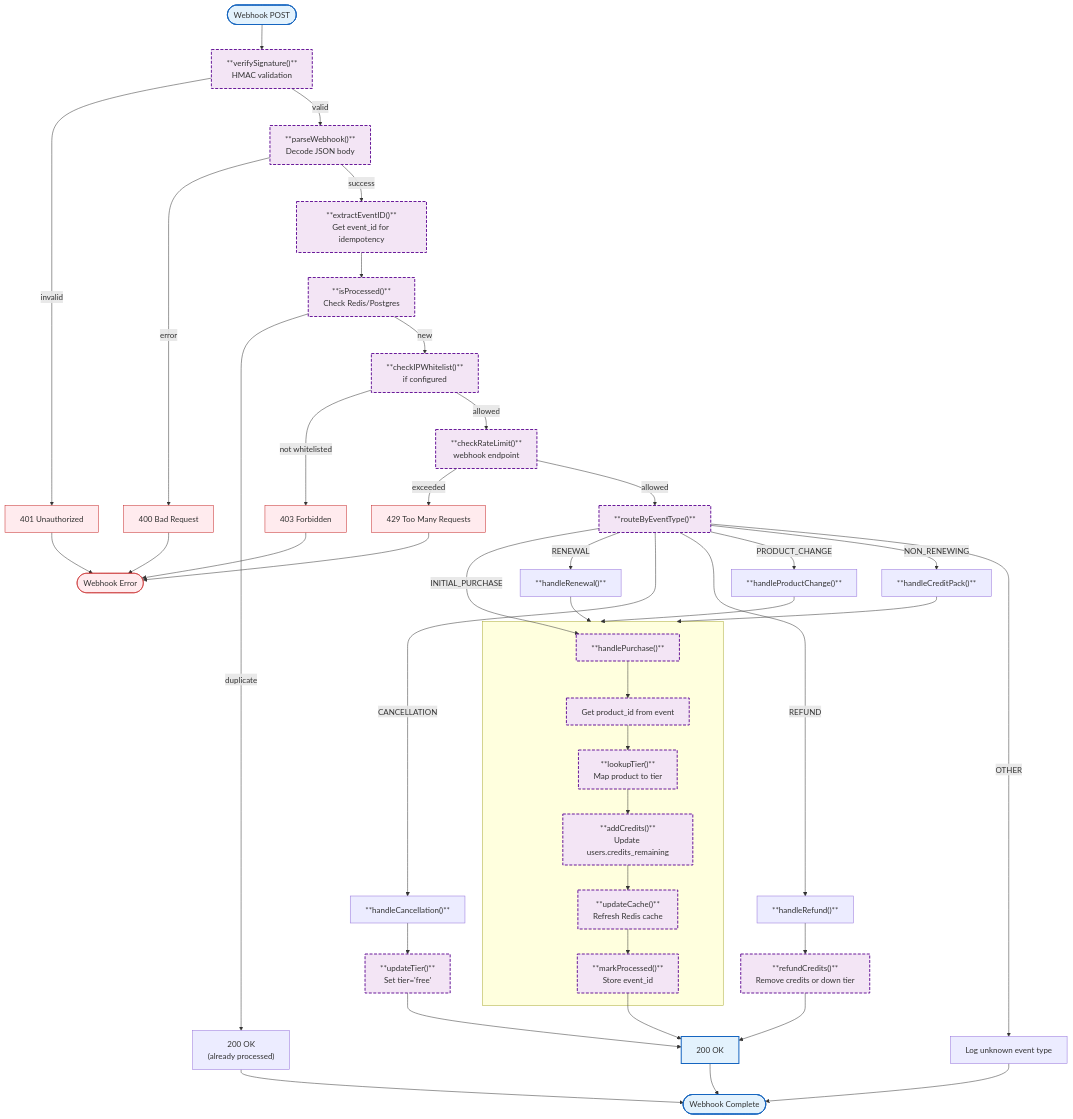
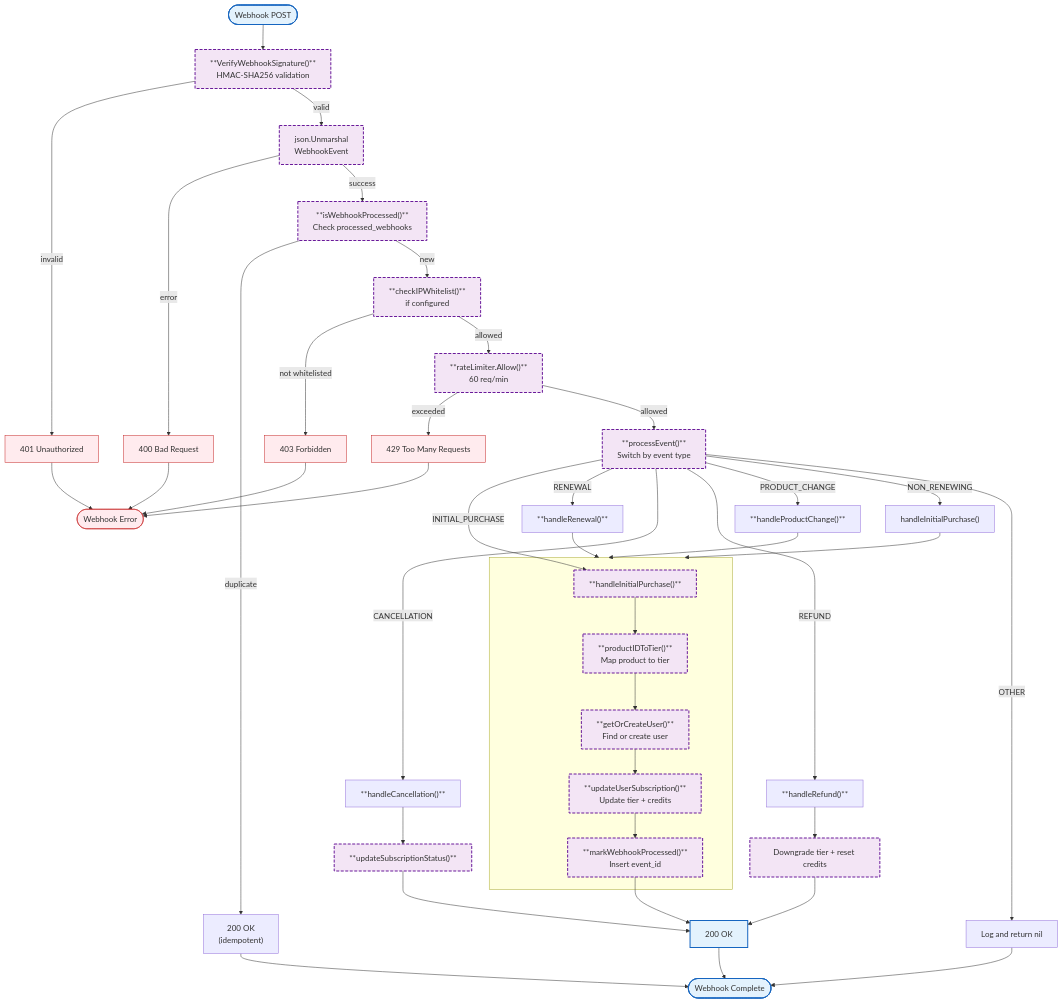
The first of 2 diagrams in docs/billing.md (radch-ai/ava), drawn with Mermaid before and after one commit. The commit also changed other lines of this file and 4 other files, not shown here.

````diff
--- a/docs/billing.md
+++ b/docs/billing.md
@@ -9,54 +7,52 @@
 ```mermaid
 flowchart TB
-    Start([Webhook POST]) --> ValidateSig["**verifySignature()**<br/>HMAC validation"]
+    Start([Webhook POST]) --> VerifySig["**VerifyWebhookSignature()**<br/>HMAC-SHA256 validation"]
 
-    ValidateSig -->|invalid| SigFail["401 Unauthorized"]
-    ValidateSig -->|valid| ParseBody["**parseWebhook()**<br/>Decode JSON body"]
+    VerifySig -->|invalid| SigFail["401 Unauthorized"]
+    VerifySig -->|valid| ParseBody["json.Unmarshal<br/>WebhookEvent"]
 
     ParseBody -->|error| InvalidJSON["400 Bad Request"]
-    ParseBody -->|success| ExtractID["**extractEventID()**<br/>Get event_id for idempotency"]
+    ParseBody -->|success| CheckDup["**isWebhookProcessed()**<br/>Check processed_webhooks"]
 
-    ExtractID --> CheckDup["**isProcessed()**<br/>Check Redis/Postgres"]
-    CheckDup -->|duplicate| DedupReturn["200 OK<br/>(already processed)"]
+    CheckDup -->|duplicate| DedupReturn["200 OK<br/>(idempotent)"]
     CheckDup -->|new| CheckIP["**checkIPWhitelist()**<br/>if configured"]
 
     CheckIP -->|not whitelisted| IPFail["403 Forbidden"]
-    CheckIP -->|allowed| RateLimit["**checkRateLimit()**<br/>webhook endpoint"]
+    CheckIP -->|allowed| RateLimit["**rateLimiter.Allow()**<br/>60 req/min"]
 
     RateLimit -->|exceeded| RateFail["429 Too Many Requests"]
-    RateLimit -->|allowed| RouteEvent["**routeByEventType()**"]
+    RateLimit -->|allowed| RouteEvent["**processEvent()**<br/>Switch by event type"]
 
-    RouteEvent -->|INITIAL_PURCHASE| HandlePurchase["**handlePurchase()**"]
+    RouteEvent -->|INITIAL_PURCHASE| HandlePurchase["**handleInitialPurchase()**"]
     RouteEvent -->|RENEWAL| HandleRenewal["**handleRenewal()**"]
     RouteEvent -->|CANCELLATION| HandleCancel["**handleCancellation()**"]
     RouteEvent -->|REFUND| HandleRefund["**handleRefund()**"]
     RouteEvent -->|PRODUCT_CHANGE| HandleChange["**handleProductChange()**"]
-    RouteEvent -->|NON_RENEWING| HandlePack["**handleCreditPack()**"]
-    RouteEvent -->|OTHER| Unknown["Log unknown event type"]
+    RouteEvent -->|NON_RENEWING| HandlePack["handleInitialPurchase()"]
+    RouteEvent -->|OTHER| Unknown["Log and return nil"]
 
     subgraph SGProcess [" "]
-        HandlePurchase --> GetProduct["Get product_id from event"]
-        GetProduct --> LookupTier["**lookupTier()**<br/>Map product to tier"]
-        LookupTier --> AddCredits["**addCredits()**<br/>Update users.credits_remaining"]
-        AddCredits --> UpdateRedis["**updateCache()**<br/>Refresh Redis cache"]
-        UpdateRedis --> MarkProcessed["**markProcessed()**<br/>Store event_id"]
+        HandlePurchase --> GetProduct["**productIDToTier()**<br/>Map product to tier"]
+        GetProduct --> GetUser["**getOrCreateUser()**<br/>Find or create user"]
+        GetUser --> UpdateSub["**updateUserSubscription()**<br/>Update tier + credits"]
+        UpdateSub --> MarkProc["**markWebhookProcessed()**<br/>Insert event_id"]
     end
 
     HandleRenewal & HandleChange --> SGProcess
-    HandleCancel --> UpdateTier["**updateTier()**<br/>Set tier='free'"]
-    HandleRefund --> RefundCredits["**refundCredits()**<br/>Remove credits or down tier"]
+    HandleCancel --> UpdateStatus["**updateSubscriptionStatus()**"]
+    HandleRefund --> Downgrade["Downgrade tier + reset credits"]
     HandlePack --> SGProcess
 
-    MarkProcessed & UpdateTier & RefundCredits --> Success["200 OK"]
+    MarkProc & UpdateStatus & Downgrade --> Success["200 OK"]
     DedupReturn & Unknown & Success --> Done([Webhook Complete])
 
     SigFail & IPFail & RateFail & InvalidJSON --> Error([Webhook Error])
 
     classDef mainFn fill:#e3f2fd,stroke:#1565c0,stroke-width:2px
     classDef internalFn fill:#f3e5f5,stroke:#6a1b9a,stroke-width:2px,stroke-dasharray:6 3
     classDef errorFlow fill:#ffebee,stroke:#c62828,stroke-width:1px
 
     class Start,Done,Success mainFn
-    class ValidateSig,ParseBody,ExtractID,CheckDup,CheckIP,RateLimit,RouteEvent,HandlePurchase,GetProduct,LookupTier,AddCredits,UpdateRedis,MarkProcessed,UpdateTier,RefundCredits internalFn
+    class VerifySig,ParseBody,CheckDup,CheckIP,RateLimit,RouteEvent,HandlePurchase,GetProduct,GetUser,UpdateSub,MarkProc,UpdateStatus,Downgrade internalFn
     class SigFail,IPFail,RateFail,InvalidJSON,Error errorFlow
 ```
````
